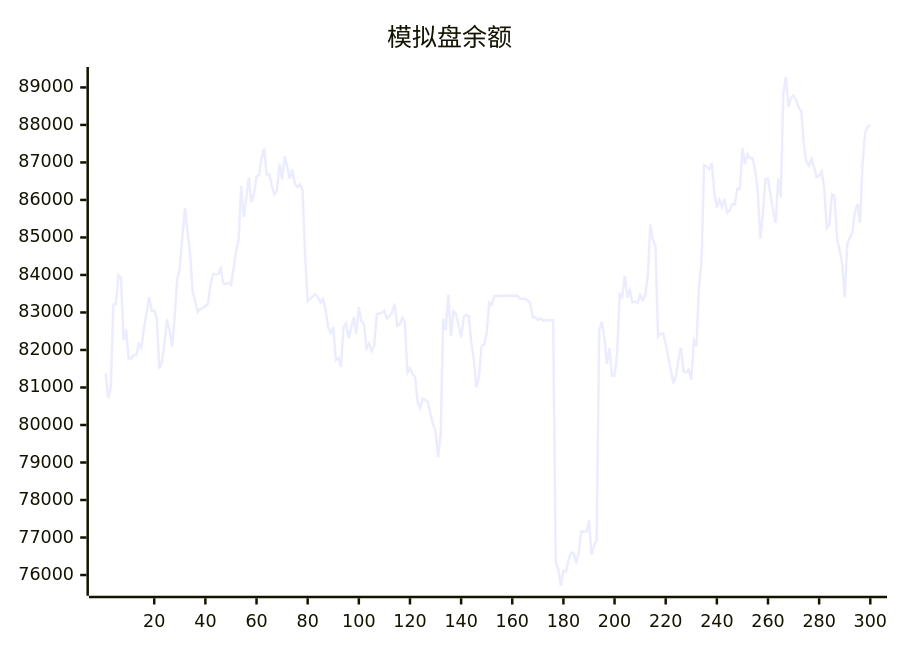
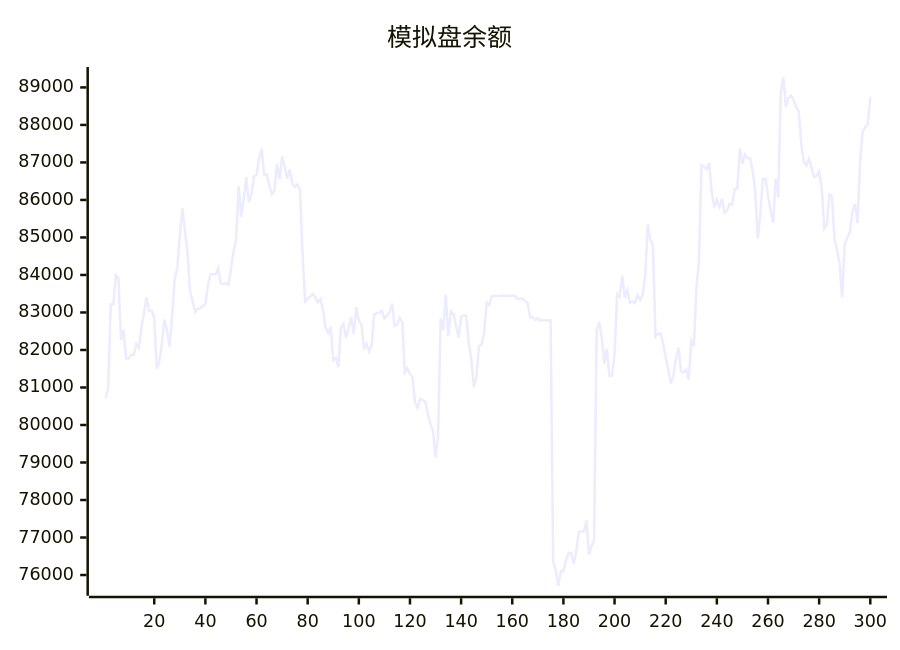
Before and after one commit to aahl/ai-trading: the diagram in README.md, drawn with Mermaid. The commit also changed other lines of this file and 1 other file, not shown here.

````diff
--- a/README.md
+++ b/README.md
@@ -5,5 +5,5 @@
 ```mermaid
 xychart
     title "模拟盘余额"
-    line [81379,80718,80985,83214,83212,83993,83921,82270,82547,81776,81776,81866,81866,82158,82061,82596,83000,83408,83041,83050,82858,81503,81691,82188,82812,82517,82092,82901,83898,84180,85030,85781,85178,84604,83569,83298,83008,83093,83107,83175,83228,83729,84025,84017,84019,84177,83775,83762,83785,83738,84160,84639,84939,86370,85548,86046,86599,85942,86161,86622,86664,87115,87369,86666,86685,86384,86152,86243,86969,86548,87164,86885,86566,86809,86427,86348,86417,86273,84538,83299,83369,83430,83490,83404,83270,83362,83056,82605,82459,82614,81734,81788,81551,82598,82702,82320,82580,82878,82426,83139,82778,82686,82056,82166,81963,82110,82951,82983,82984,83038,82838,82915,82998,83235,82642,82682,82858,82746,81396,81512,81362,81277,80600,80461,80699,80673,80616,80288,80038,79836,79142,79722,82837,82533,83480,82366,83032,82960,82654,82330,82883,82934,82901,82188,81728,81005,81298,82110,82135,82449,83264,83203,83440,83439,83440,83440,83446,83447,83448,83447,83448,83449,83369,83369,83369,83313,83256,82872,82873,82801,82844,82785,82791,82791,82793,82794,76339,76145,75714,76110,76096,76397,76594,76585,76310,76607,77160,77170,77160,77456,76541,76774,76927,82520,82744,82337,81639,82040,81307,81314,81887,83490,83414,83984,83396,83594,83261,83287,83253,83470,83327,83465,83987,85348,84930,84786,82355,82433,82438,82167,81795,81466,81105,81315,81756,82064,81426,81398,81481,81210,82242,82099,83658,84359,86925,86892,86814,86980,86203,85802,86003,85811,86028,85657,85721,85896,85880,86300,86299,87378,86965,87214,87115,87118,86780,86238,84966,85623,86555,86562,86129,85722,85387,86569,86070,88870,89278,88477,88720,88781,88668,88467,88372,87493,87018,86917,87102,86870,86613,86644,86758,86317,85242,85334,86149,86106,84968,84671,84302,83410,84816,85001,85127,85693,85891,85384,87001,87811,87945,88007]
+    line [80718,80985,83214,83212,83993,83921,82270,82547,81776,81776,81866,81866,82158,82061,82596,83000,83408,83041,83050,82858,81503,81691,82188,82812,82517,82092,82901,83898,84180,85030,85781,85178,84604,83569,83298,83008,83093,83107,83175,83228,83729,84025,84017,84019,84177,83775,83762,83785,83738,84160,84639,84939,86370,85548,86046,86599,85942,86161,86622,86664,87115,87369,86666,86685,86384,86152,86243,86969,86548,87164,86885,86566,86809,86427,86348,86417,86273,84538,83299,83369,83430,83490,83404,83270,83362,83056,82605,82459,82614,81734,81788,81551,82598,82702,82320,82580,82878,82426,83139,82778,82686,82056,82166,81963,82110,82951,82983,82984,83038,82838,82915,82998,83235,82642,82682,82858,82746,81396,81512,81362,81277,80600,80461,80699,80673,80616,80288,80038,79836,79142,79722,82837,82533,83480,82366,83032,82960,82654,82330,82883,82934,82901,82188,81728,81005,81298,82110,82135,82449,83264,83203,83440,83439,83440,83440,83446,83447,83448,83447,83448,83449,83369,83369,83369,83313,83256,82872,82873,82801,82844,82785,82791,82791,82793,82794,76339,76145,75714,76110,76096,76397,76594,76585,76310,76607,77160,77170,77160,77456,76541,76774,76927,82520,82744,82337,81639,82040,81307,81314,81887,83490,83414,83984,83396,83594,83261,83287,83253,83470,83327,83465,83987,85348,84930,84786,82355,82433,82438,82167,81795,81466,81105,81315,81756,82064,81426,81398,81481,81210,82242,82099,83658,84359,86925,86892,86814,86980,86203,85802,86003,85811,86028,85657,85721,85896,85880,86300,86299,87378,86965,87214,87115,87118,86780,86238,84966,85623,86555,86562,86129,85722,85387,86569,86070,88870,89278,88477,88720,88781,88668,88467,88372,87493,87018,86917,87102,86870,86613,86644,86758,86317,85242,85334,86149,86106,84968,84671,84302,83410,84816,85001,85127,85693,85891,85384,87001,87811,87945,88007,88734]
 ```
````
